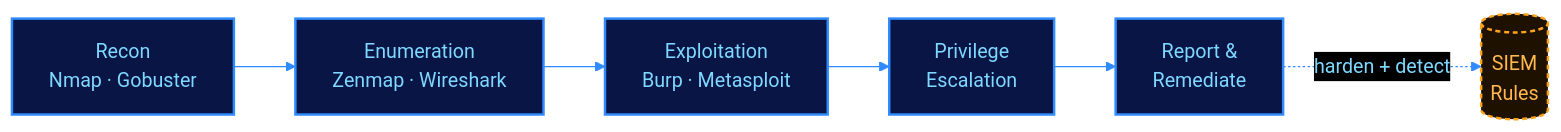
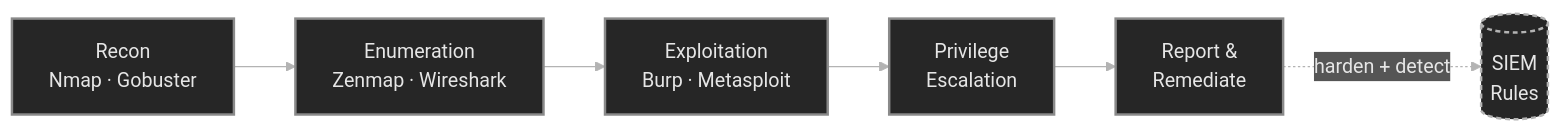
Before and after one commit to karabo17-x/karabo17-x: the second of 5 diagrams in README.md, drawn with Mermaid. The commit also changed other lines of this file, not shown here.

````diff
--- a/README.md
+++ b/README.md
@@ -63,14 +63,14 @@
 ```mermaid
-%%{init: {'theme':'base','themeVariables':{'background':'#000000','primaryColor':'#081545','primaryTextColor':'#7fd8ff','primaryBorderColor':'#2f8bff','lineColor':'#2f8bff','secondaryColor':'#000000','tertiaryColor':'#000000','fontFamily':'Courier New, monospace'}}}%%
+%%{init: {'theme':'base','themeVariables':{'background':'#0d1117','primaryColor':'#262626','primaryTextColor':'#e6e6e6','primaryBorderColor':'#8a8a8a','lineColor':'#b3b3b3','secondaryColor':'#262626','tertiaryColor':'#161616','edgeLabelBackground':'#555555','fontFamily':'Courier New, monospace'}}}%%
 flowchart LR
     R["Recon<br/>Nmap · Gobuster"] --> E["Enumeration<br/>Zenmap · Wireshark"]
     E --> X["Exploitation<br/>Burp · Metasploit"]
     X --> P["Privilege<br/>Escalation"]
     P --> REP["Report &<br/>Remediate"]
     REP -.->|"harden + detect"| SIEM[("SIEM<br/>Rules")]
 
-    classDef step fill:#081545,stroke:#2f8bff,stroke-width:2px,color:#7fd8ff;
-    classDef sink fill:#1f1100,stroke:#ffa31a,stroke-width:2px,stroke-dasharray:4 3,color:#ffb84d;
+    classDef step fill:#262626,stroke:#8a8a8a,stroke-width:2px,color:#e6e6e6;
+    classDef sink fill:#262626,stroke:#b3b3b3,stroke-width:2px,stroke-dasharray:4 3,color:#e6e6e6;
     class R,E,X,P,REP step;
     class SIEM sink;
 ```
````
